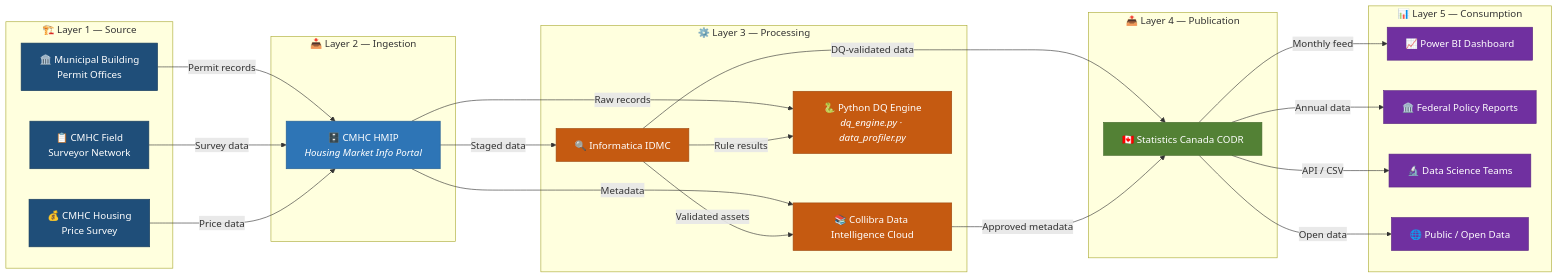
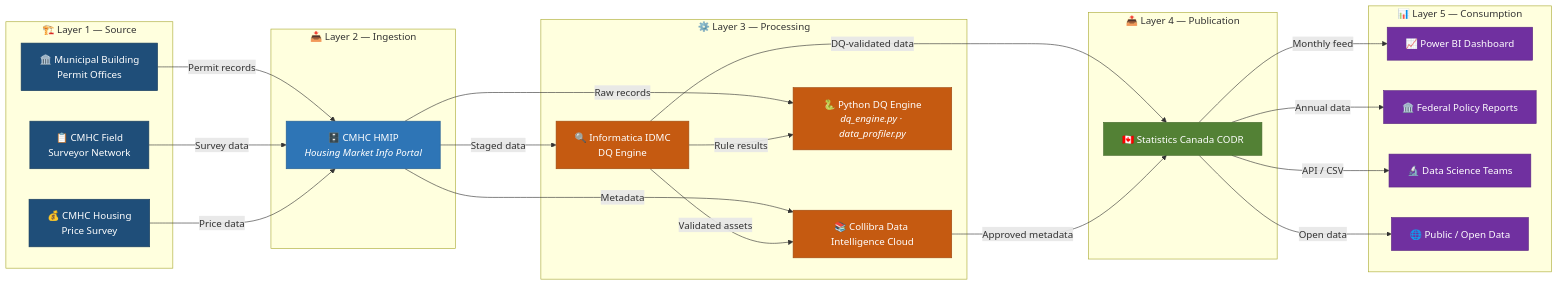
One commit to rkdhakal/cmhc-housing-data-governance changed the diagram in README.md. Above: the diagram before and after it, drawn with Mermaid.

Commit message:
Typo error fixed

````diff
--- a/README.md
+++ b/README.md
@@ -96,50 +96,50 @@
 ```mermaid
 graph LR
     subgraph SOURCE ["🏗️ Layer 1 — Source"]
         S1["🏛️ Municipal Building<br/>Permit Offices"]
         S2["📋 CMHC Field<br/>Surveyor Network"]
         S3["💰 CMHC Housing<br/>Price Survey"]
     end
     subgraph INGEST ["📥 Layer 2 — Ingestion"]
         I1["🗄️ CMHC HMIP<br/><i>Housing Market Info Portal</i>"]
     end
     subgraph PROCESS ["⚙️ Layer 3 — Processing"]
-        P1["🔍 Informatica IDMC <br/— DQ Engine"]
+        P1["🔍 Informatica IDMC <br/> DQ Engine"]
         P2["📚 Collibra Data Intelligence Cloud"]
         P3["🐍 Python DQ Engine<br/><i>dq_engine.py · data_profiler.py</i>"]
     end
     subgraph PUBLISH ["📤 Layer 4 — Publication"]
         PB1["🇨🇦 Statistics Canada CODR"]
     end
     subgraph CONSUME ["📊 Layer 5 — Consumption"]
         C1["📈 Power BI Dashboard"]
         C2["🏛️ Federal Policy Reports"]
         C3["🔬 Data Science Teams"]
         C4["🌐 Public / Open Data"]
     end
     S1 -->|"Permit records"| I1
     S2 -->|"Survey data"| I1
     S3 -->|"Price data"| I1
     I1 -->|"Staged data"| P1
     I1 -->|"Metadata"| P2
     I1 -->|"Raw records"| P3
     P1 -->|"Validated assets"| P2
     P1 -->|"Rule results"| P3
     P1 -->|"DQ-validated data"| PB1
     P2 -->|"Approved metadata"| PB1
     PB1 -->|"Monthly feed"| C1
     PB1 -->|"Annual data"| C2
     PB1 -->|"API / CSV"| C3
     PB1 -->|"Open data"| C4
 
     classDef source fill:#1F4E79,stroke:#1a3d5c,color:#fff
     classDef ingest fill:#2E75B6,stroke:#245d91,color:#fff
     classDef process fill:#C55A11,stroke:#9e480e,color:#fff
     classDef publish fill:#538135,stroke:#42672a,color:#fff
     classDef consume fill:#7030A0,stroke:#5a2680,color:#fff
     class S1,S2,S3 source
     class I1 ingest
     class P1,P2,P3 process
     class PB1 publish
     class C1,C2,C3,C4 consume
 ```
````
